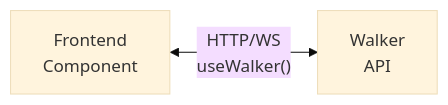
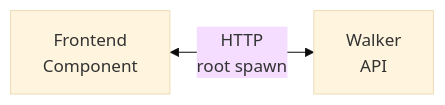
The diagram in docs/docs/tutorials/fullstack/backend.md (jaseci-labs/jac), drawn with Mermaid (base theme) before and after one commit. The commit also changed other lines of this file and 5 other files, not shown here.

````diff
--- a/docs/docs/tutorials/fullstack/backend.md
+++ b/docs/docs/tutorials/fullstack/backend.md
@@ -21,4 +21,4 @@
 ```mermaid
 graph LR
-    Frontend["Frontend<br/>Component"] <-- "HTTP/WS<br/>useWalker()" --> Backend["Walker<br/>API"]
+    Frontend["Frontend<br/>Component"] <-- "HTTP<br/>root spawn" --> Backend["Walker<br/>API"]
 ```
````
